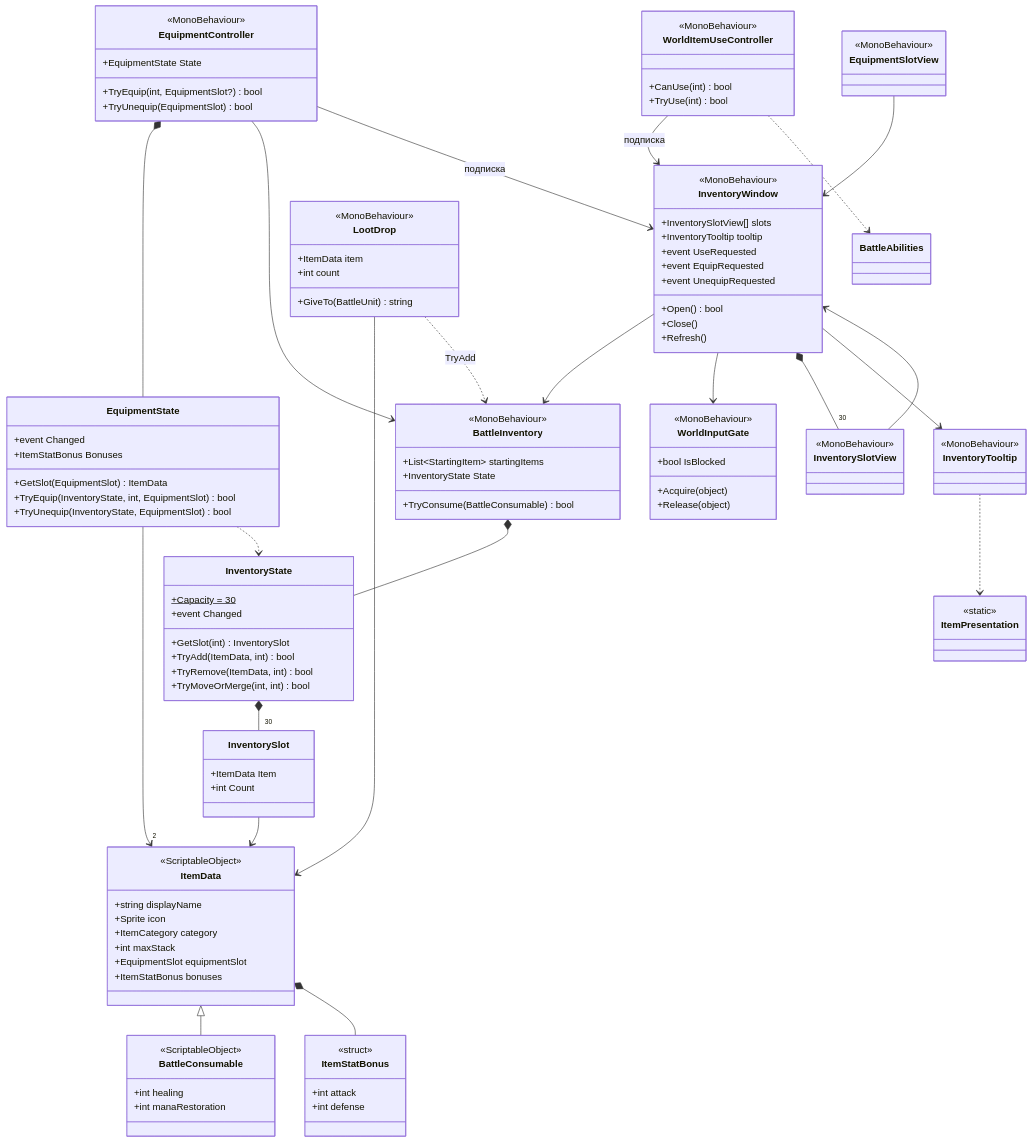
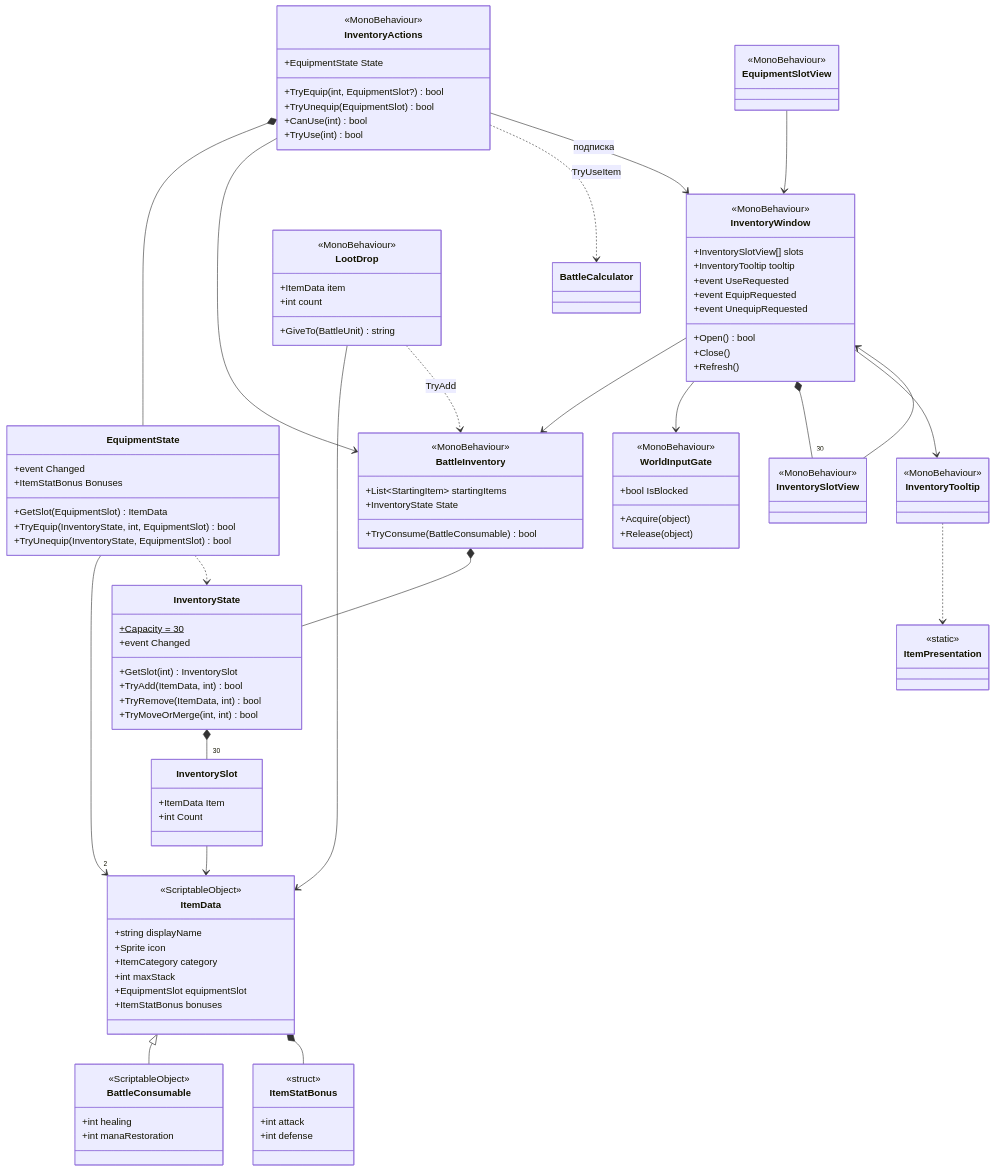
One commit to Sm1le621/FalseMemory changed the third of 4 diagrams in Docs/03-class-diagram.md. Above: the diagram before and after it, drawn with Mermaid. The commit also changed other lines of this file and 87 other files, not shown here.

```diff
--- a/Docs/03-class-diagram.md
+++ b/Docs/03-class-diagram.md
@@ -292,14 +262,17 @@
 }
 BattleInventory *-- InventoryState
 
-class EquipmentController {
+class InventoryActions {
   <<MonoBehaviour>>
   +EquipmentState State
   +TryEquip(int, EquipmentSlot?) bool
   +TryUnequip(EquipmentSlot) bool
+  +CanUse(int) bool
+  +TryUse(int) bool
 }
-EquipmentController *-- EquipmentState
-EquipmentController --> BattleInventory
+InventoryActions *-- EquipmentState
+InventoryActions --> BattleInventory
+InventoryActions ..> BattleCalculator : TryUseItem
 
 class InventoryWindow {
   <<MonoBehaviour>>
@@ -316,15 +289,7 @@
 InventoryWindow --> WorldInputGate
 InventoryWindow *-- "30" InventorySlotView
 InventoryWindow --> InventoryTooltip
-EquipmentController --> InventoryWindow : подписка
-
-class WorldItemUseController {
-  <<MonoBehaviour>>
-  +CanUse(int) bool
-  +TryUse(int) bool
-}
-WorldItemUseController --> InventoryWindow : подписка
-WorldItemUseController ..> BattleAbilities
+InventoryActions --> InventoryWindow : подписка
 
 class LootDrop {
   <<MonoBehaviour>>
```
